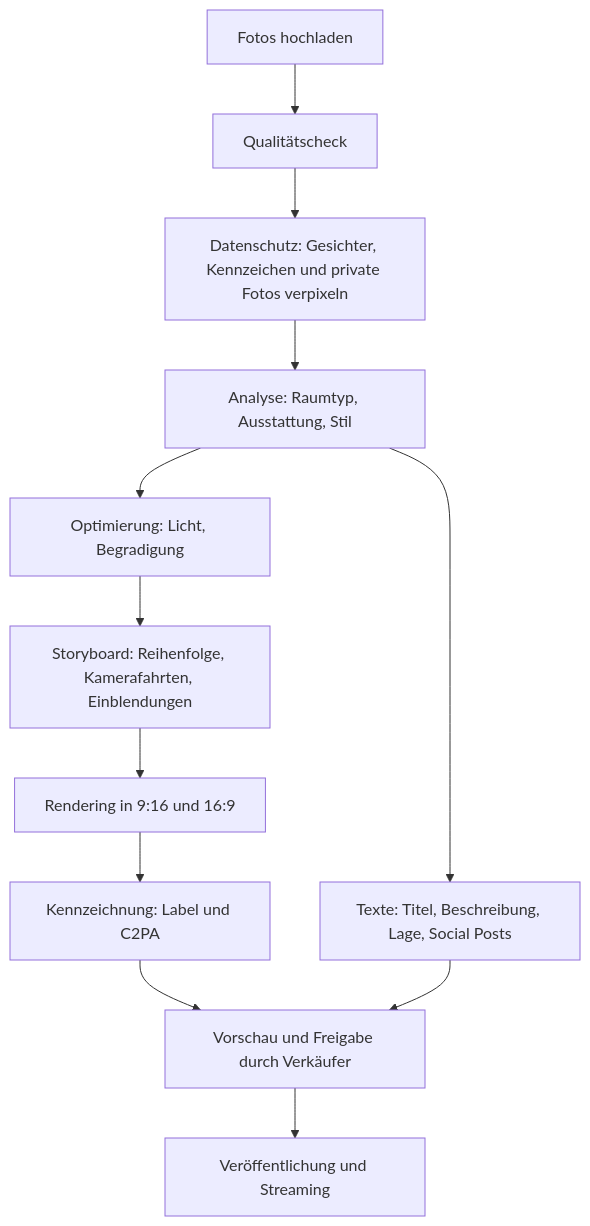
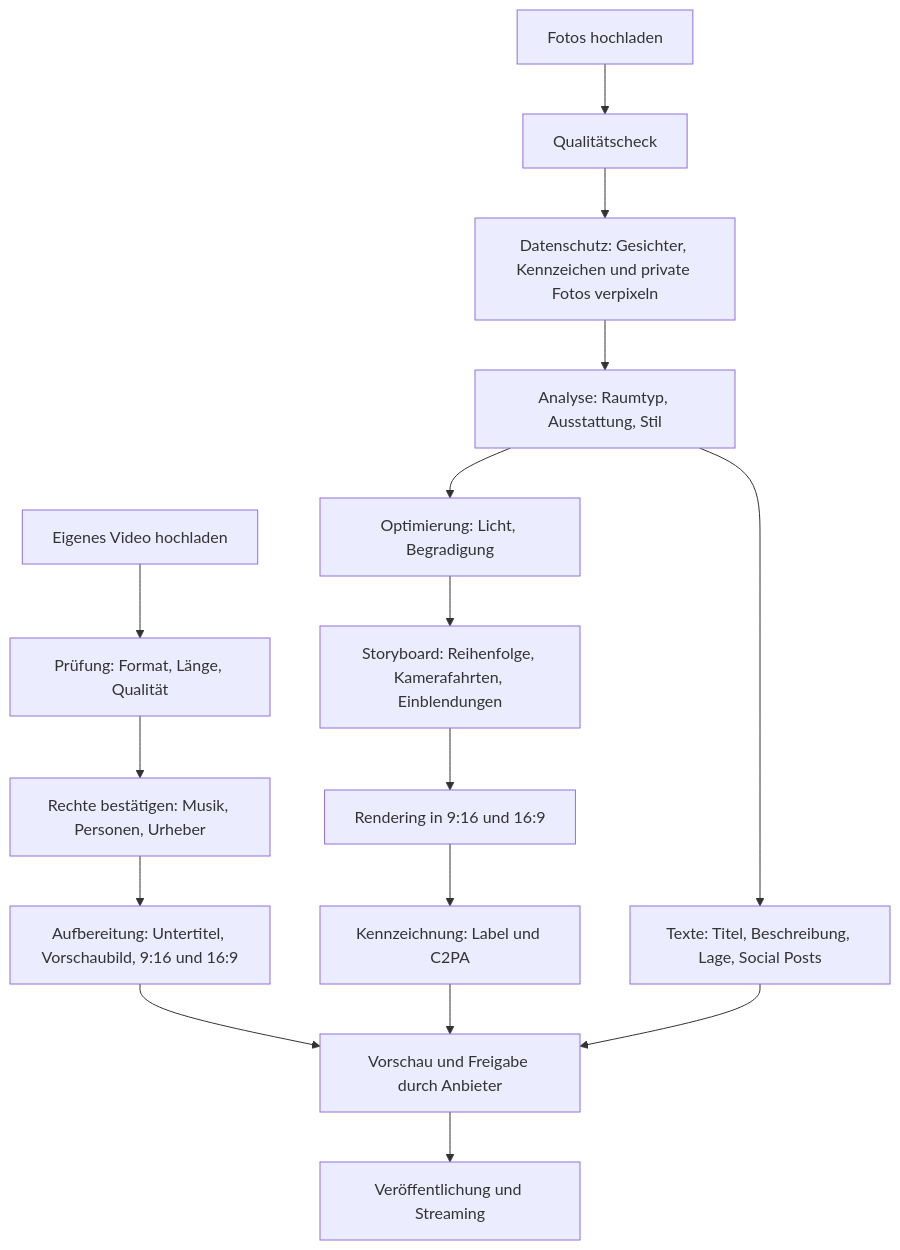
One commit to jokpr/immocrush changed the third of 4 diagrams in docs/08-anwendungsentwicklungsplan.md. Above: the diagram before and after it, drawn with Mermaid. The commit also changed other lines of this file and 11 other files, not shown here.

Commit message:
Docs an Gründer-Input vom 18.10.2026 angepasst: kostenlos für alle, Kauf und Miete, Producer mit Video-Upload, Extras und Werbung, Vollgas mit Fokus

````diff
--- a/docs/08-anwendungsentwicklungsplan.md
+++ b/docs/08-anwendungsentwicklungsplan.md
@@ -192,14 +223,18 @@
 ```mermaid
 flowchart TB
+    V["Eigenes Video hochladen"] --> VC["Prüfung: Format, Länge, Qualität"]
+    VC --> VR["Rechte bestätigen: Musik, Personen, Urheber"]
+    VR --> VT["Aufbereitung: Untertitel, Vorschaubild, 9:16 und 16:9"]
     A["Fotos hochladen"] --> B["Qualitätscheck"]
     B --> C["Datenschutz: Gesichter, Kennzeichen und private Fotos verpixeln"]
     C --> D["Analyse: Raumtyp, Ausstattung, Stil"]
     D --> E["Optimierung: Licht, Begradigung"]
     D --> T["Texte: Titel, Beschreibung, Lage, Social Posts"]
     E --> F["Storyboard: Reihenfolge, Kamerafahrten, Einblendungen"]
     F --> G["Rendering in 9:16 und 16:9"]
     G --> H["Kennzeichnung: Label und C2PA"]
-    H --> I["Vorschau und Freigabe durch Verkäufer"]
+    VT --> I["Vorschau und Freigabe durch Anbieter"]
+    H --> I
     T --> I
     I --> J["Veröffentlichung und Streaming"]
 ```
````
